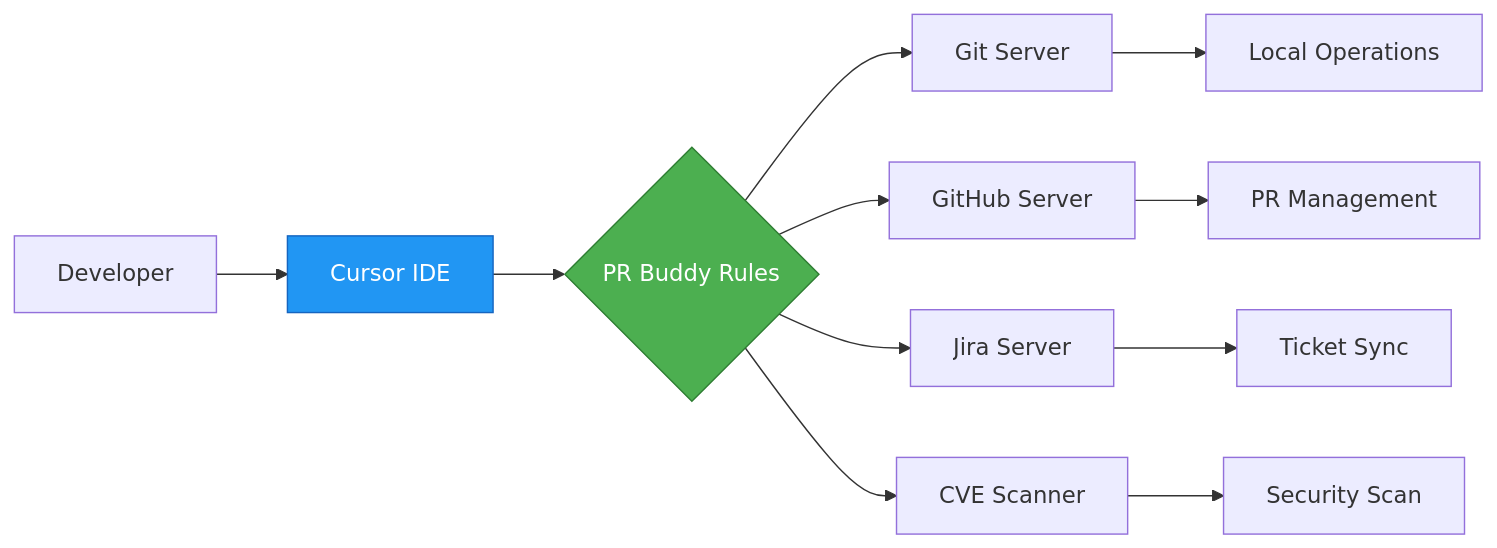
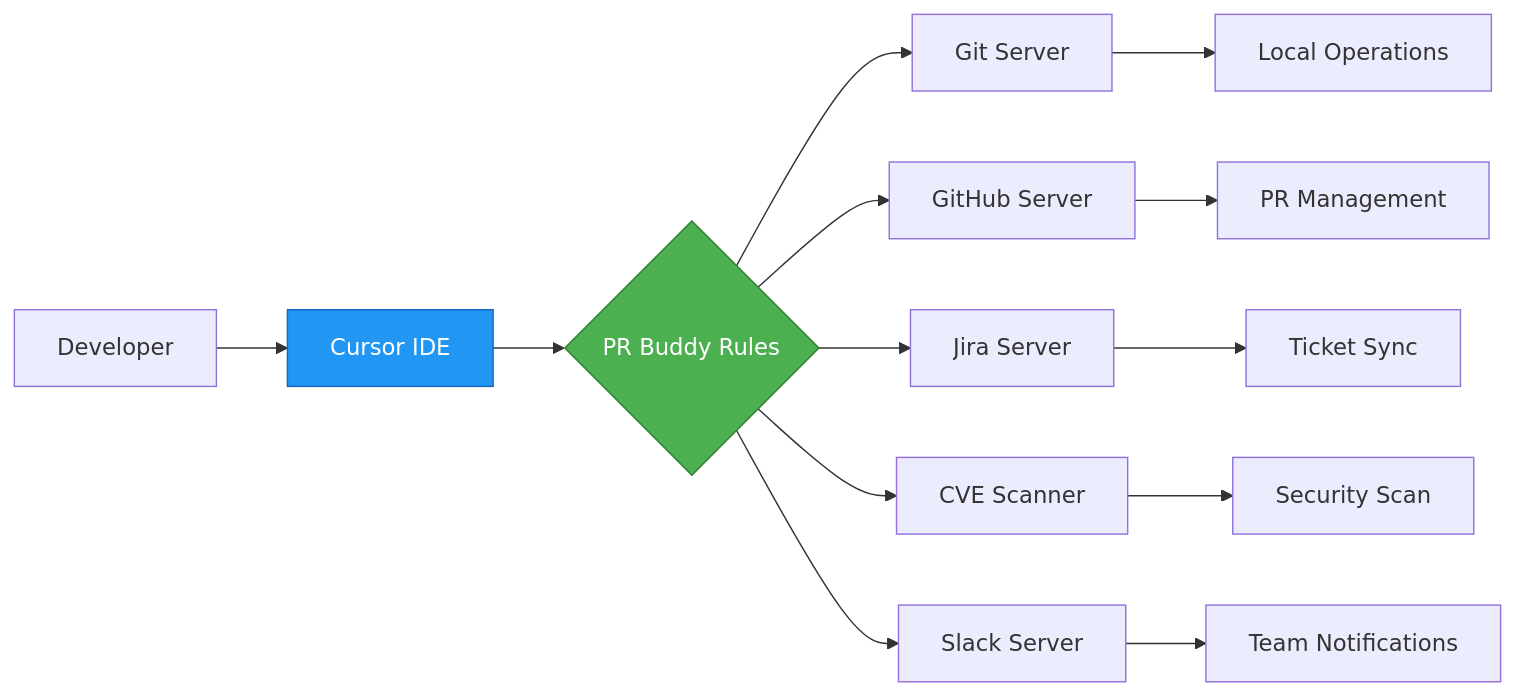
The diagram in README.md (Arnabdaz/PR_Buddy), drawn with Mermaid before and after one commit. The commit also changed other lines of this file and 6 other files, not shown here.

First line of the commit message:
feat: add Slack MCP server as submodule

````diff
--- a/README.md
+++ b/README.md
@@ -156,17 +159,19 @@
 ```mermaid
 graph LR
     A[Developer] --> B[Cursor IDE]
     B --> C{PR Buddy Rules}
     C --> D[Git Server]
     C --> E[GitHub Server]
     C --> F[Jira Server]
     C --> G[CVE Scanner]
+    C --> L[Slack Server]
 
     D --> H[Local Operations]
     E --> I[PR Management]
     F --> J[Ticket Sync]
     G --> K[Security Scan]
+    L --> M[Team Notifications]
 
     style C fill:#4CAF50,stroke:#2E7D32,color:#fff
     style B fill:#2196F3,stroke:#1565C0,color:#fff
 ```
````
